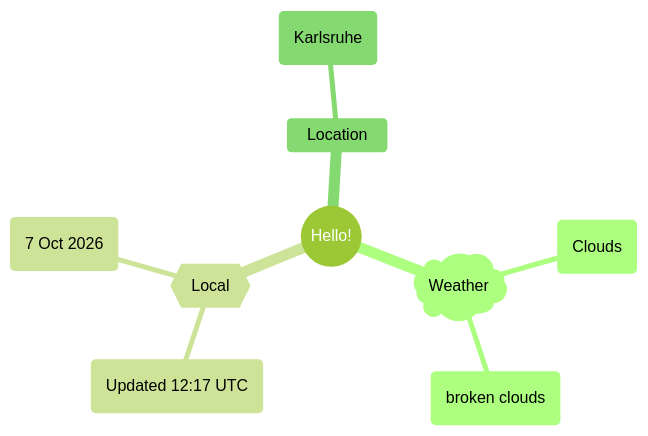
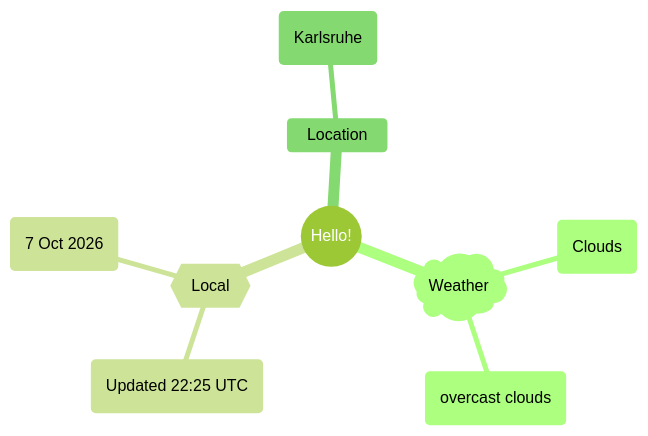
One commit to Xosrov/Xosrov changed the first of 2 diagrams in README.md. Above: the diagram before and after it, drawn with Mermaid (forest theme).

Commit message:
[bot] updated images

````diff
--- a/README.md
+++ b/README.md
@@ -3,12 +3,12 @@
 ```mermaid
 mindmap
   root((Hello!))
     )Weather(
         (Clouds)
-        (broken clouds)
+        (overcast clouds)
     {{Local}}
-        (Updated 12:17 UTC)
+        (Updated 22:25 UTC)
         (7 Oct 2026)
     Location
         (Karlsruhe)
 ```
````
